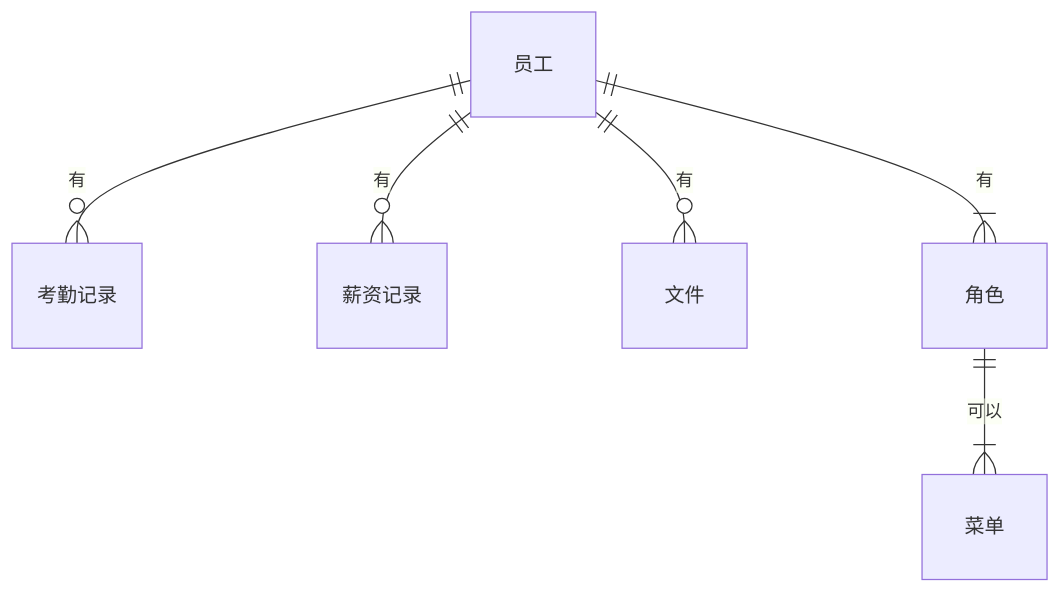
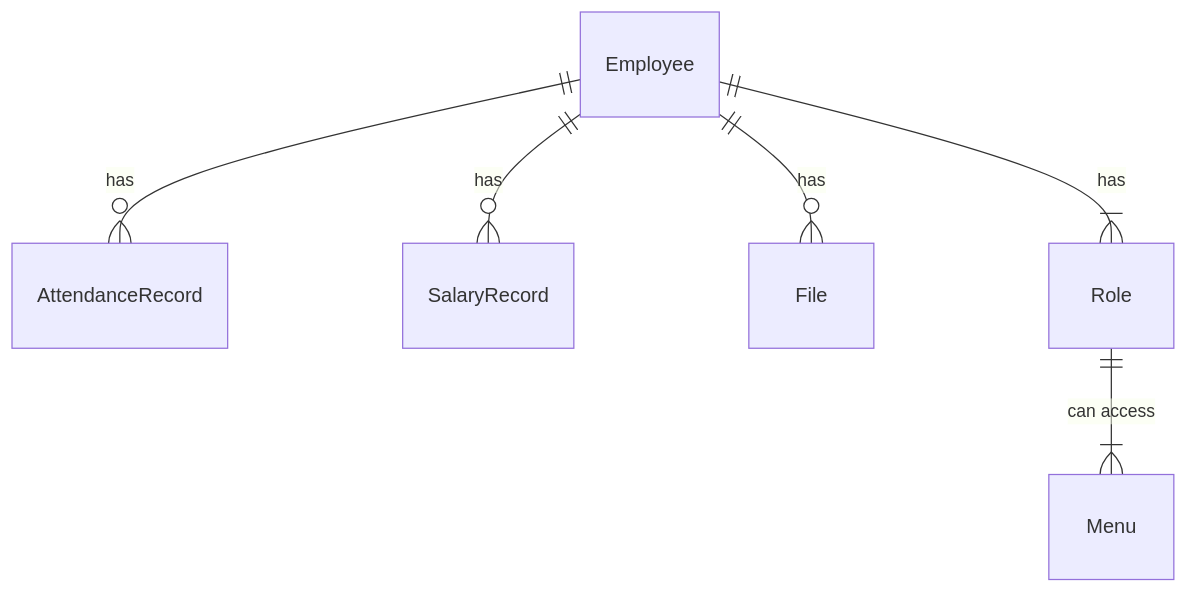
The diagram in all/未命名-1.md (1235648solitary/iodraw-files), drawn with Mermaid before and after one commit.

Commit message:
2025-04-22 23:35:24 update

````diff
--- a/all/未命名-1.md
+++ b/all/未命名-1.md
@@ -1,9 +1,8 @@
 ```mermaid
 erDiagram
-              "员工" ||--o{ "考勤记录" : "有"
-    "员工" ||--o{ "薪资记录" : "有"
-    "员工"||--o{ "文件" : "有"
-    "员工" ||--|{ "角色" : "有"
-    "角色" ||--|{ "菜单" : "可以 " 
-            
+       Employee ||--o{ AttendanceRecord : "has"
+    Employee ||--o{ SalaryRecord : "has"
+    Employee ||--o{ File : "has"
+    Employee ||--|{ Role : "has"
+    Role ||--|{ Menu : "can access" 
 ```
````
